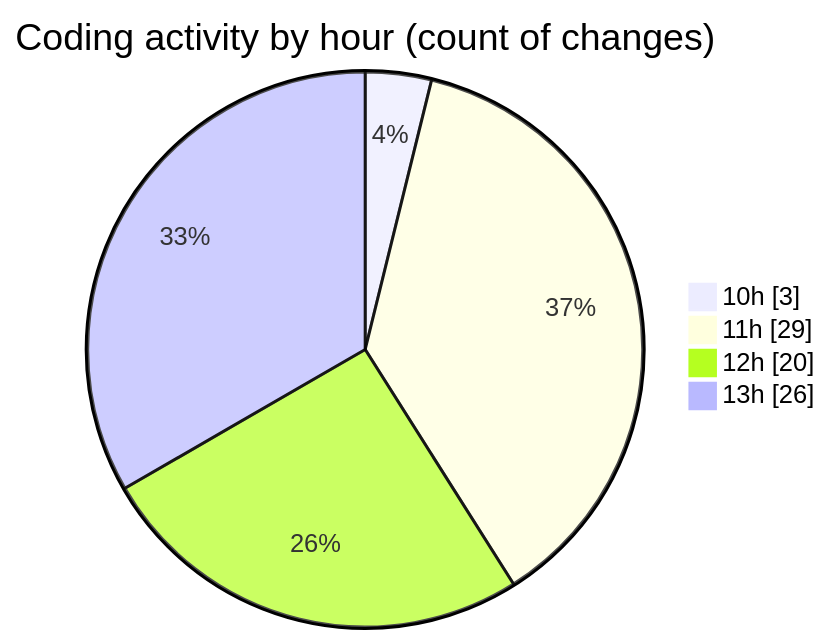
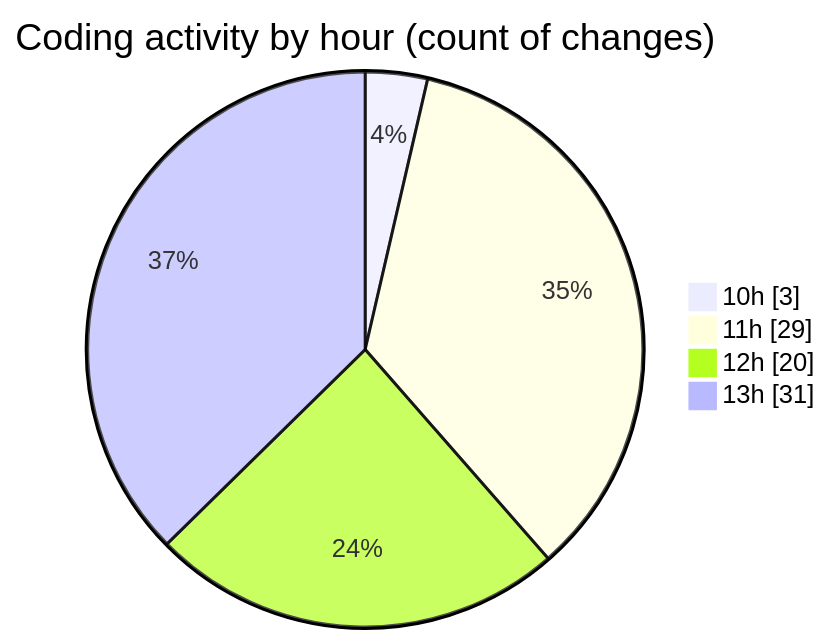
One commit to EIIisD/code-tracking changed the second of 2 diagrams in 2025-08-14/ribbon/README.md. Above: the diagram before and after it, drawn with Mermaid. The commit also changed other lines of this file and 1 other file, not shown here.

````diff
--- a/2025-08-14/ribbon/README.md
+++ b/2025-08-14/ribbon/README.md
@@ -40,8 +40,8 @@
 ```mermaid
 pie showData
 title Coding activity by hour (count of changes)
 "10h" : 3
 "11h" : 29
 "12h" : 20
-"13h" : 26
+"13h" : 31
 ```
````
